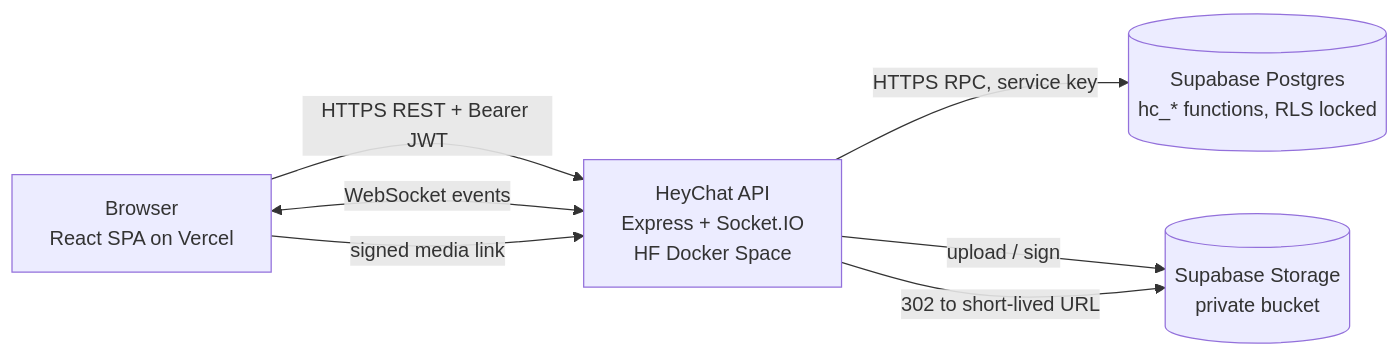
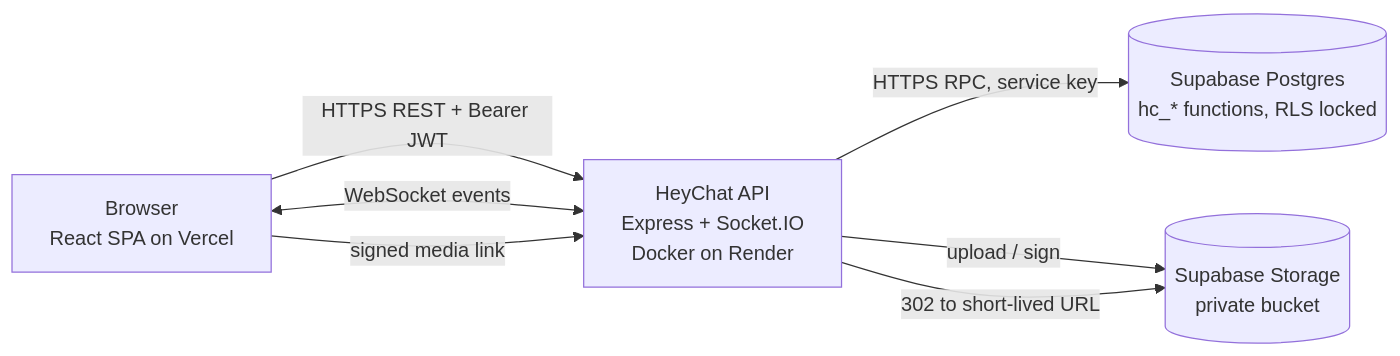
The diagram in README.md (rachitkumar2105/HeyChat), drawn with Mermaid before and after one commit. The commit also changed other lines of this file and 11 other files, not shown here.

First line of the commit message:
Deploy API on Render instead of Hugging Face

````diff
--- a/README.md
+++ b/README.md
@@ -9,8 +9,8 @@
 ```mermaid
 flowchart LR
-  B[Browser<br/>React SPA on Vercel] -- HTTPS REST + Bearer JWT --> A[HeyChat API<br/>Express + Socket.IO<br/>HF Docker Space]
+  B[Browser<br/>React SPA on Vercel] -- HTTPS REST + Bearer JWT --> A[HeyChat API<br/>Express + Socket.IO<br/>Docker on Render]
   B <-- WebSocket events --> A
   A -- HTTPS RPC, service key --> P[(Supabase Postgres<br/>hc_* functions, RLS locked)]
   A -- upload / sign --> S[(Supabase Storage<br/>private bucket)]
   B -- signed media link --> A -- 302 to short-lived URL --> S
 ```
````
